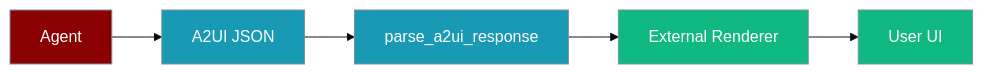
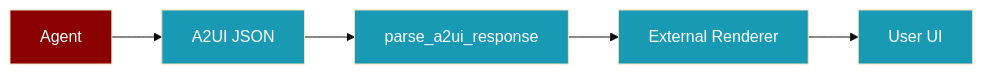
One commit to MervinPraison/PraisonAIDocs changed the first of 2 diagrams in docs/features/a2ui.mdx. Above: the diagram before and after it, drawn with Mermaid (base theme). The commit also changed 24 other files, not shown here.

````diff
--- a/docs/features/a2ui.mdx
+++ b/docs/features/a2ui.mdx
@@ -10,15 +10,13 @@
 ```mermaid
 graph LR
     A[Agent] --> J[A2UI JSON]
     J --> P[parse_a2ui_response]
     P --> R[External Renderer]
     R --> U[User UI]
 
-    classDef agent fill:#8B0000,stroke:#7C90A0,color:#fff
-    classDef process fill:#189AB4,stroke:#7C90A0,color:#fff
-    classDef ui fill:#10B981,stroke:#7C90A0,color:#fff
+    classDef agent fill:#8B0000,color:#fff
+    classDef tool fill:#189AB4,color:#fff
 
     class A agent
-    class J,P process
-    class R,U ui
+    class J,P,R,U tool
 ```
````
